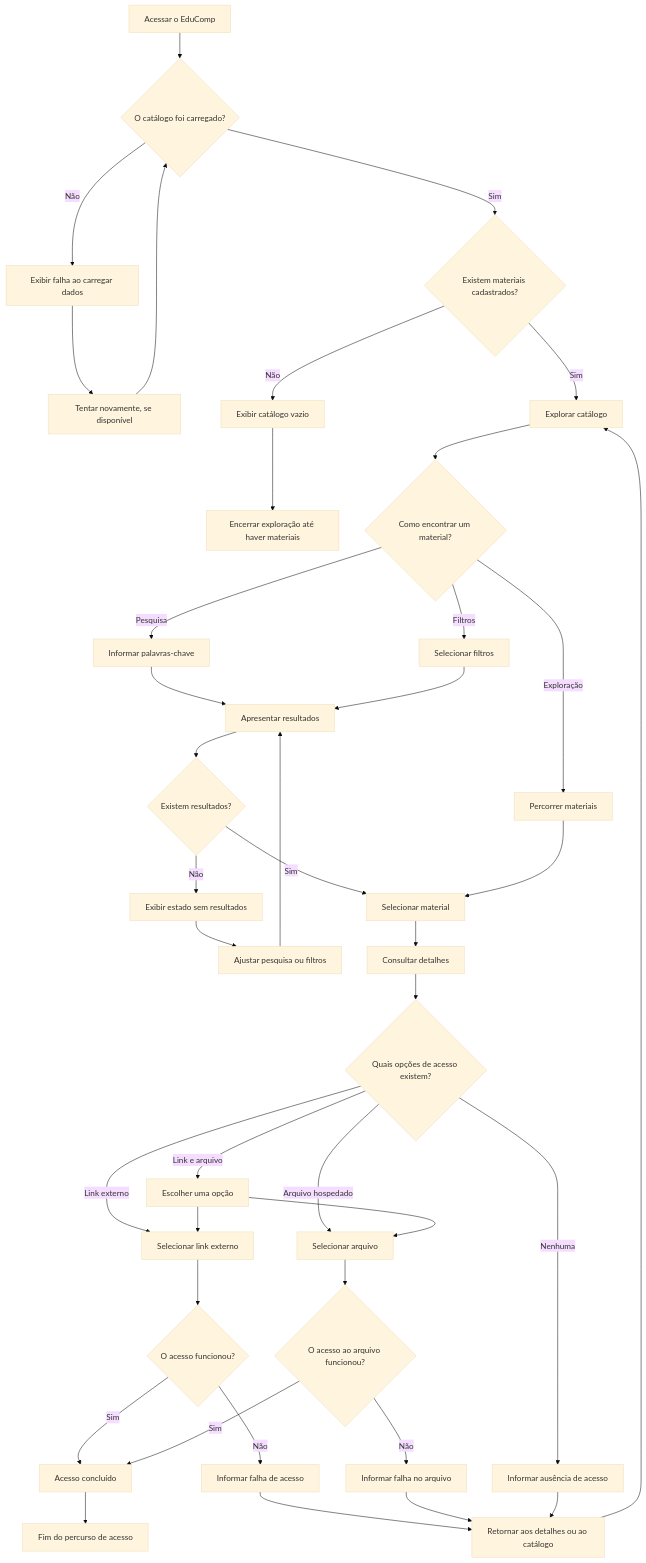
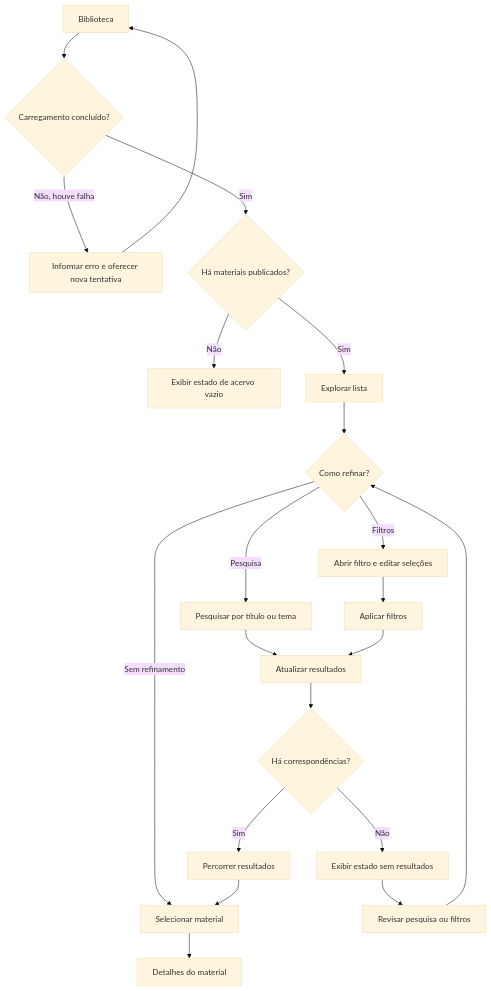
Before and after one commit to pedroalbuqu3rque/educomp: the third of 5 diagrams in docs/ux-ui/user-flow.md, drawn with Mermaid (base theme). The commit also changed other lines of this file, not shown here.

````diff
--- a/docs/ux-ui/user-flow.md
+++ b/docs/ux-ui/user-flow.md
@@ -33,56 +97,23 @@
 ```mermaid
 flowchart TD
-    A["Acessar o EduComp"] --> B{"O catálogo foi carregado?"}
-
-    B -->|Não| C["Exibir falha ao carregar dados"]
-    C --> D["Tentar novamente, se disponível"]
-    D --> B
-
-    B -->|Sim| E{"Existem materiais cadastrados?"}
-
-    E -->|Não| F["Exibir catálogo vazio"]
-    F --> G["Encerrar exploração até haver materiais"]
-
-    E -->|Sim| H["Explorar catálogo"]
-    H --> I{"Como encontrar um material?"}
-
-    I -->|Pesquisa| J["Informar palavras-chave"]
-    I -->|Filtros| K["Selecionar filtros"]
-    I -->|Exploração| L["Percorrer materiais"]
-
-    J --> M["Apresentar resultados"]
-    K --> M
-
-    M --> N{"Existem resultados?"}
-    N -->|Não| O["Exibir estado sem resultados"]
-    O --> P["Ajustar pesquisa ou filtros"]
-    P --> M
-
-    N -->|Sim| Q["Selecionar material"]
-    L --> Q
-
-    Q --> R["Consultar detalhes"]
-    R --> S{"Quais opções de acesso existem?"}
-
-    S -->|Link externo| T["Selecionar link externo"]
-    S -->|Arquivo hospedado| U["Selecionar arquivo"]
-    S -->|Link e arquivo| V["Escolher uma opção"]
-    S -->|Nenhuma| W["Informar ausência de acesso"]
-
-    V --> T
-    V --> U
-
-    T --> X{"O acesso funcionou?"}
-    U --> Y{"O acesso ao arquivo funcionou?"}
-
-    X -->|Sim| Z["Acesso concluído"]
-    X -->|Não| AA["Informar falha de acesso"]
-    Y -->|Sim| Z
-    Y -->|Não| AB["Informar falha no arquivo"]
-
-    AA --> AC["Retornar aos detalhes ou ao catálogo"]
-    AB --> AC
-    W --> AC
-    Z --> AD["Fim do percurso de acesso"]
-    AC --> H
+    A[Biblioteca] --> B{Carregamento concluído?}
+    B -->|Não, houve falha| C[Informar erro e oferecer nova tentativa]
+    C --> A
+    B -->|Sim| D{Há materiais publicados?}
+    D -->|Não| E[Exibir estado de acervo vazio]
+    D -->|Sim| F[Explorar lista]
+    F --> G{Como refinar?}
+    G -->|Pesquisa| H[Pesquisar por título ou tema]
+    G -->|Filtros| I[Abrir filtro e editar seleções]
+    G -->|Sem refinamento| J[Selecionar material]
+    I --> K[Aplicar filtros]
+    H --> L[Atualizar resultados]
+    K --> L
+    L --> M{Há correspondências?}
+    M -->|Não| N[Exibir estado sem resultados]
+    N --> O[Revisar pesquisa ou filtros]
+    O --> G
+    M -->|Sim| P[Percorrer resultados]
+    P --> J
+    J --> Q[Detalhes do material]
 ```
````
